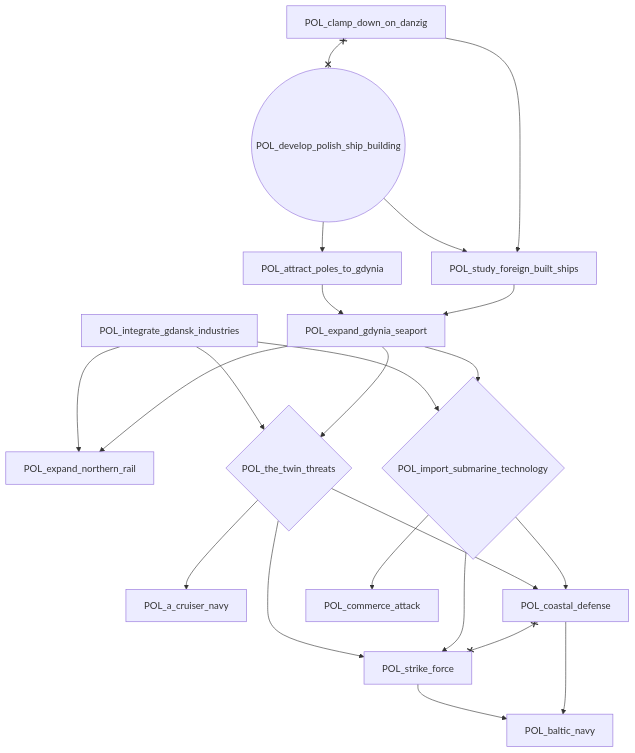
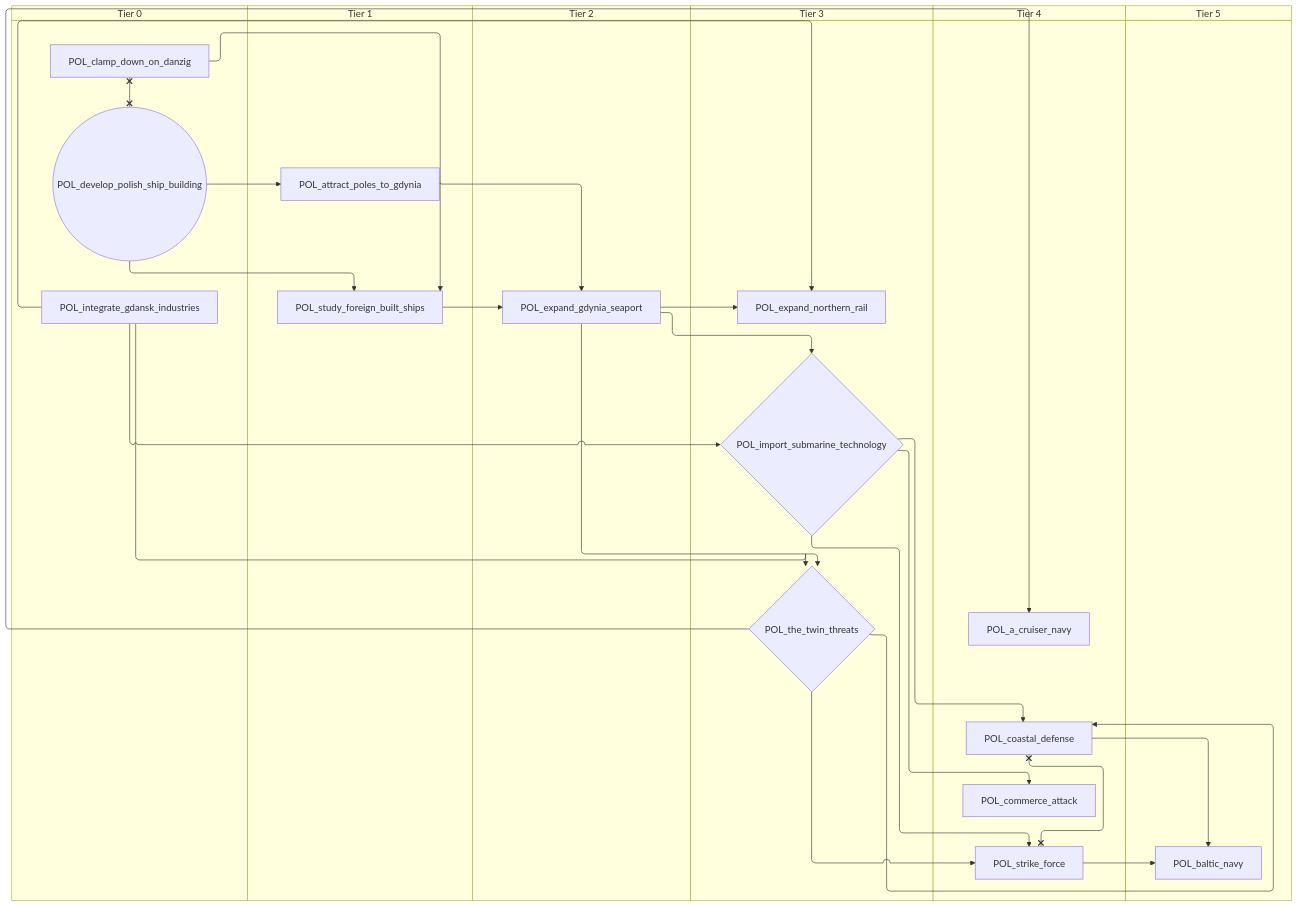
Before and after one commit to evgeny-sobol/hoi4-sandbox-mode: the fourth of 12 diagrams in docs/gdd/National Focuses/poland.md, drawn with Mermaid. The commit also changed other lines of this file and 80 other files, not shown here.

First line of the commit message:
Add swimlane mode to focus graph exporter

````diff
--- a/docs/gdd/National Focuses/poland.md
+++ b/docs/gdd/National Focuses/poland.md
@@ -368,38 +426,50 @@
 ```mermaid
-flowchart TD
-    n79["POL_a_cruiser_navy"]
-    n80["POL_attract_poles_to_gdynia"]
-    n81["POL_baltic_navy"]
-    n83["POL_clamp_down_on_danzig"]
-    n84["POL_coastal_defense"]
-    n85["POL_commerce_attack"]
-    n87(("POL_develop_polish_ship_building"))
-    n88["POL_expand_gdynia_seaport"]
-    n89["POL_expand_northern_rail"]
-    n90{"POL_import_submarine_technology"}
-    n91["POL_integrate_gdansk_industries"]
-    n92["POL_strike_force"]
-    n93["POL_study_foreign_built_ships"]
-    n94{"POL_the_twin_threats"}
-    n94 --> n79
-    n87 --> n80
-    n92 --> n81
-    n84 --> n81
-    n94 --> n84
-    n90 --> n84
-    n90 --> n85
-    n80 --> n88
-    n93 --> n88
-    n91 --> n89
-    n88 --> n89
-    n91 --> n90
-    n88 --> n90
-    n94 --> n92
-    n90 --> n92
-    n87 --> n93
-    n83 --> n93
+swimlane-beta TD
+    subgraph tier_0["Tier 0"]
+        n80["POL_clamp_down_on_danzig"]
+        n81(("POL_develop_polish_ship_building"))
+        n86["POL_integrate_gdansk_industries"]
+    end
+    subgraph tier_1["Tier 1"]
+        n79["POL_attract_poles_to_gdynia"]
+        n83["POL_study_foreign_built_ships"]
+    end
+    subgraph tier_2["Tier 2"]
+        n85["POL_expand_gdynia_seaport"]
+    end
+    subgraph tier_3["Tier 3"]
+        n87["POL_expand_northern_rail"]
+        n88{"POL_import_submarine_technology"}
+        n89{"POL_the_twin_threats"}
+    end
+    subgraph tier_4["Tier 4"]
+        n90["POL_a_cruiser_navy"]
+        n91["POL_coastal_defense"]
+        n92["POL_commerce_attack"]
+        n93["POL_strike_force"]
+    end
+    subgraph tier_5["Tier 5"]
+        n94["POL_baltic_navy"]
+    end
+    n89 --> n90
+    n81 --> n79
+    n93 --> n94
     n91 --> n94
-    n88 --> n94
-    n83 x--x n87
-    n84 x--x n92
+    n89 --> n91
+    n88 --> n91
+    n88 --> n92
+    n79 --> n85
+    n83 --> n85
+    n86 --> n87
+    n85 --> n87
+    n86 --> n88
+    n85 --> n88
+    n89 --> n93
+    n88 --> n93
+    n81 --> n83
+    n80 --> n83
+    n86 --> n89
+    n85 --> n89
+    n80 x--x n81
+    n91 x--x n93
 ```
````
